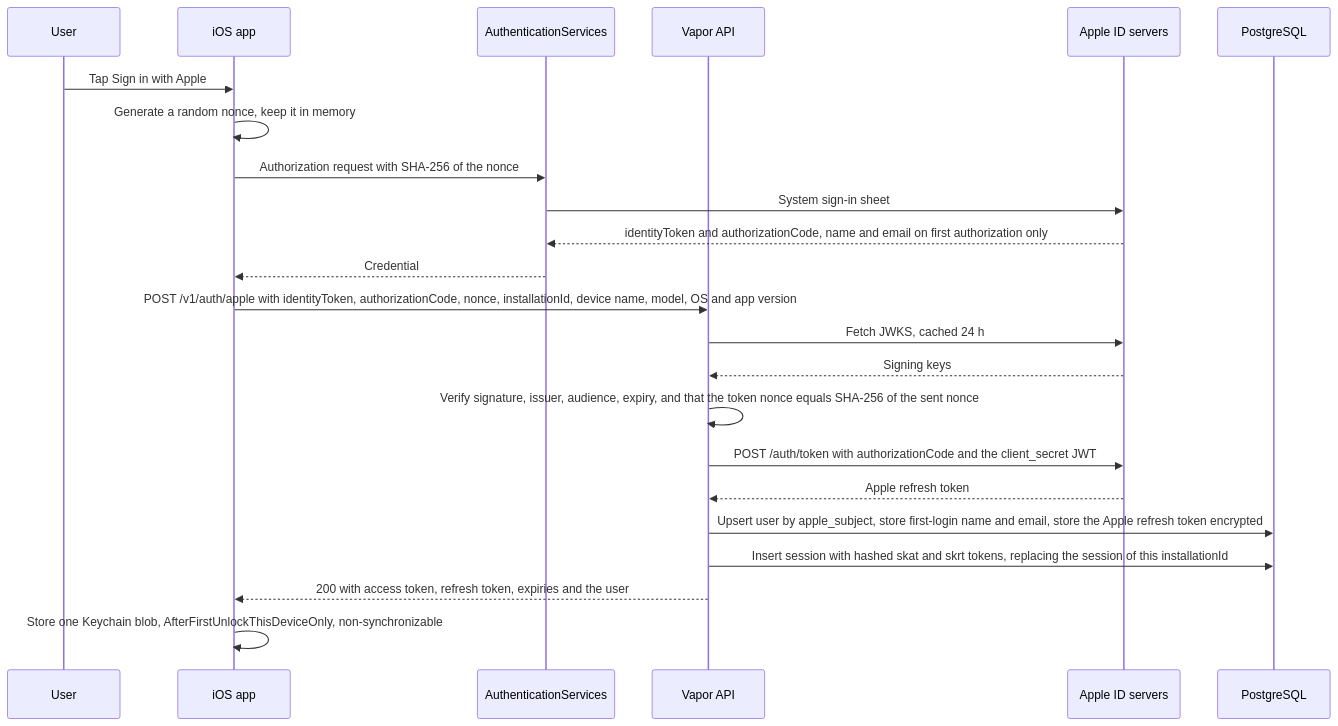
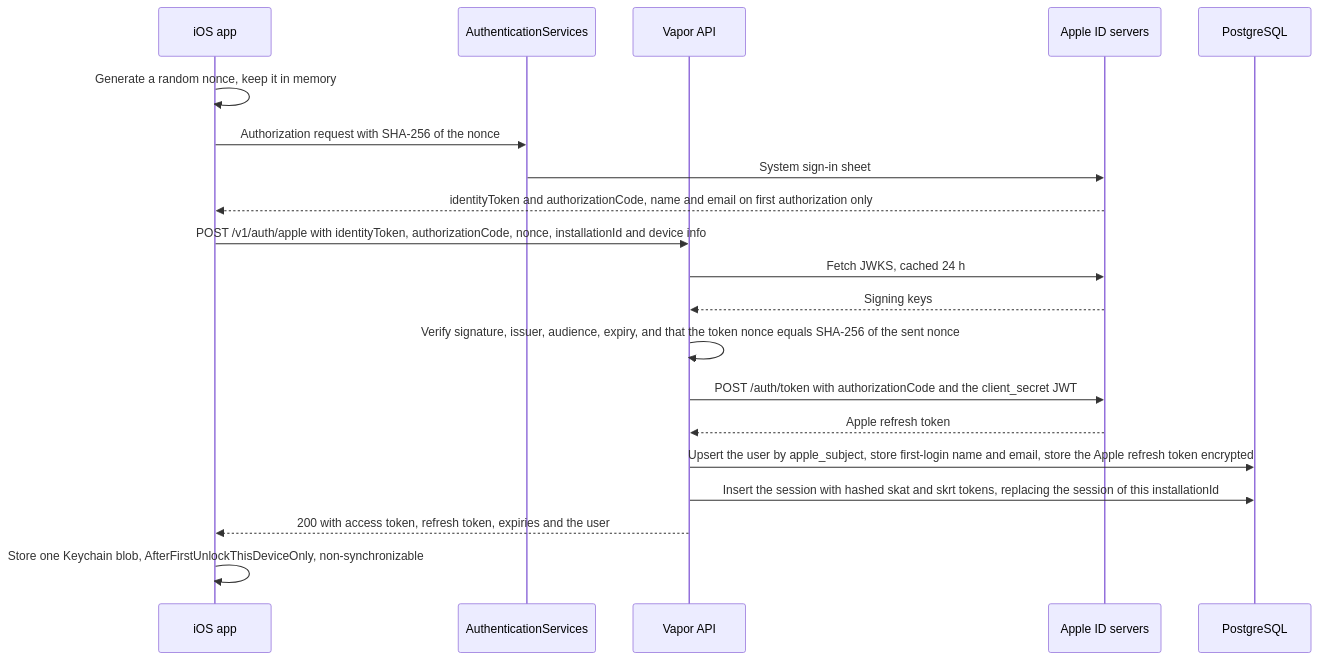
One commit to cdcucco/Shared-Kanban changed the third of 13 diagrams in docs/architecture.md. Above: the diagram before and after it, drawn with Mermaid. The commit also changed other lines of this file and 1 other file, not shown here.

First line of the commit message:
docs: architecture and threat model drafts

````diff
--- a/docs/architecture.md
+++ b/docs/architecture.md
@@ -441,25 +391,22 @@
 ```mermaid
 sequenceDiagram
-    participant U as User
     participant App as iOS app
     participant ASA as AuthenticationServices
     participant API as Vapor API
     participant Apple as Apple ID servers
     participant DB as PostgreSQL
-    U->>App: Tap Sign in with Apple
     App->>App: Generate a random nonce, keep it in memory
     App->>ASA: Authorization request with SHA-256 of the nonce
     ASA->>Apple: System sign-in sheet
-    Apple-->>ASA: identityToken and authorizationCode, name and email on first authorization only
-    ASA-->>App: Credential
-    App->>API: POST /v1/auth/apple with identityToken, authorizationCode, nonce, installationId, device name, model, OS and app version
+    Apple-->>App: identityToken and authorizationCode, name and email on first authorization only
+    App->>API: POST /v1/auth/apple with identityToken, authorizationCode, nonce, installationId and device info
     API->>Apple: Fetch JWKS, cached 24 h
     Apple-->>API: Signing keys
     API->>API: Verify signature, issuer, audience, expiry, and that the token nonce equals SHA-256 of the sent nonce
     API->>Apple: POST /auth/token with authorizationCode and the client_secret JWT
     Apple-->>API: Apple refresh token
-    API->>DB: Upsert user by apple_subject, store first-login name and email, store the Apple refresh token encrypted
-    API->>DB: Insert session with hashed skat and skrt tokens, replacing the session of this installationId
+    API->>DB: Upsert the user by apple_subject, store first-login name and email, store the Apple refresh token encrypted
+    API->>DB: Insert the session with hashed skat and skrt tokens, replacing the session of this installationId
     API-->>App: 200 with access token, refresh token, expiries and the user
     App->>App: Store one Keychain blob, AfterFirstUnlockThisDeviceOnly, non-synchronizable
 ```
````
